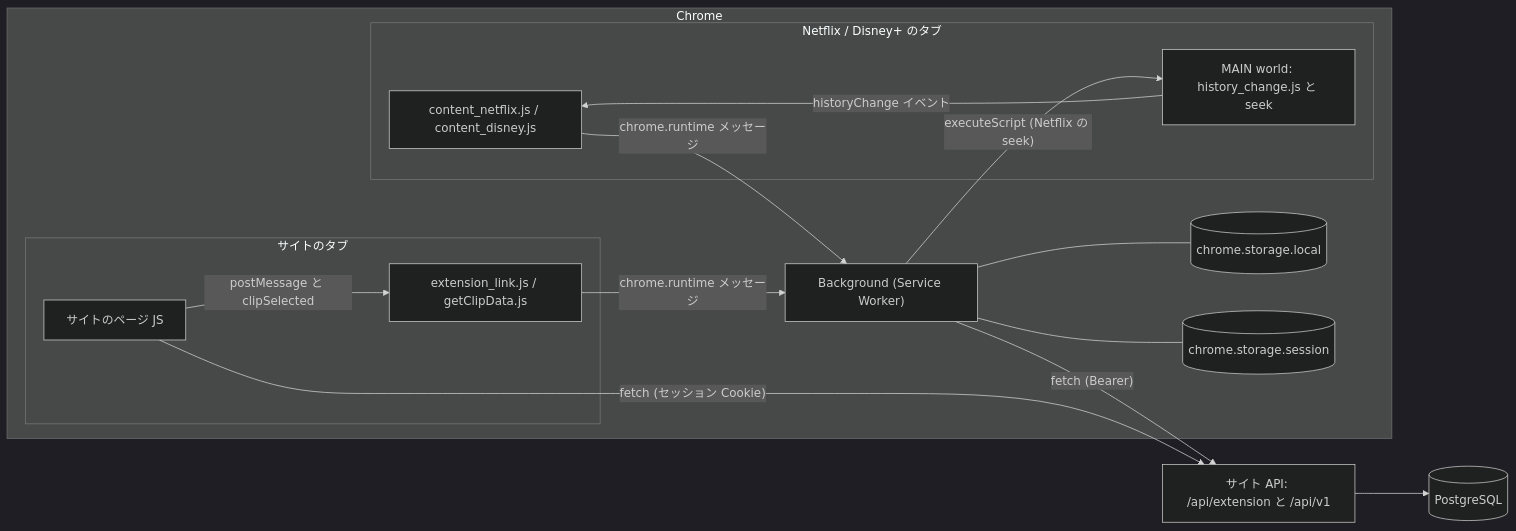
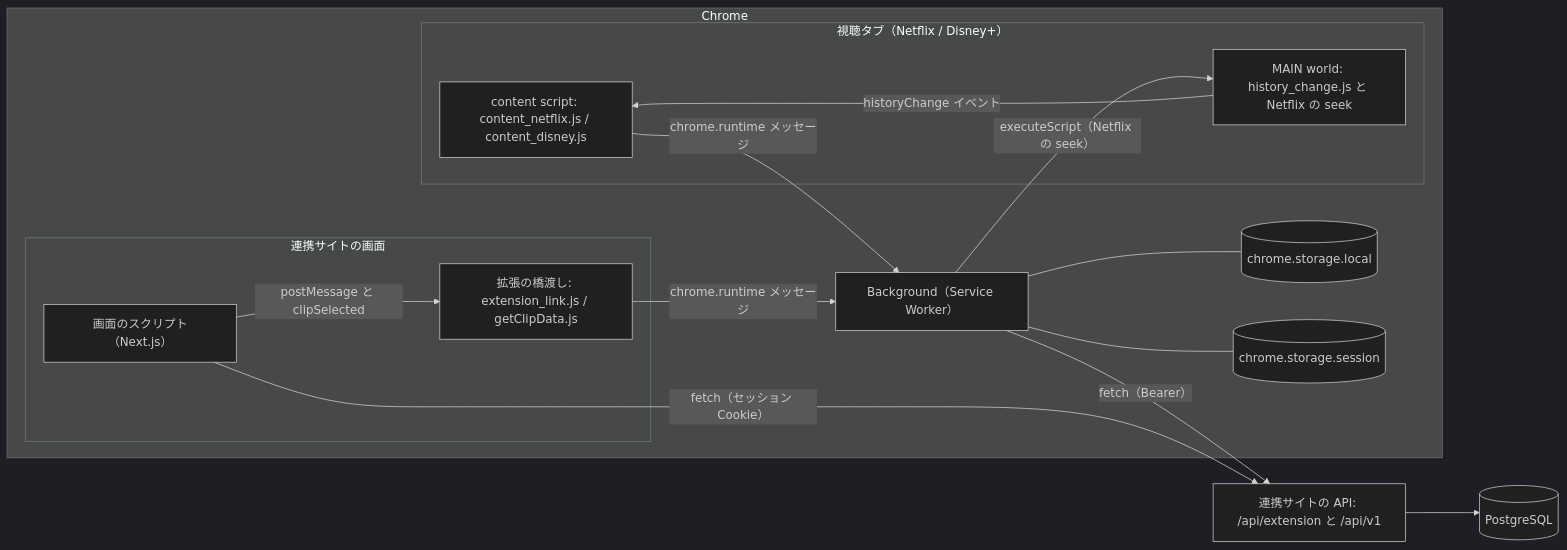
One commit to FigFingers/movieClipExtension changed the first of 5 diagrams in design-doc.md. Above: the diagram before and after it, drawn with Mermaid (dark theme). The commit also changed other lines of this file and 1 other file, not shown here.

```diff
--- a/design-doc.md
+++ b/design-doc.md
@@ -69,29 +76,29 @@
 ~~~mermaid
 flowchart LR
   subgraph Browser["Chrome"]
-    subgraph VOD["Netflix / Disney+ のタブ"]
-      CS["content_netflix.js / content_disney.js"]
-      MW["MAIN world: history_change.js と seek"]
+    subgraph Watch["視聴タブ（Netflix / Disney+）"]
+      CS["content script: content_netflix.js / content_disney.js"]
+      MW["MAIN world: history_change.js と Netflix の seek"]
     end
-    subgraph Site["サイトのタブ"]
-      Page["サイトのページ JS"]
-      Bridge["extension_link.js / getClipData.js"]
+    subgraph Web["連携サイトの画面"]
+      Page["画面のスクリプト（Next.js）"]
+      Bridge["拡張の橋渡し: extension_link.js / getClipData.js"]
     end
-    BG["Background (Service Worker)"]
+    BG["Background（Service Worker）"]
     LS[("chrome.storage.local")]
     SS[("chrome.storage.session")]
   end
-  API["サイト API: /api/extension と /api/v1"]
+  API["連携サイトの API: /api/extension と /api/v1"]
   DB[("PostgreSQL")]
 
   MW -- "historyChange イベント" --> CS
   CS -- "chrome.runtime メッセージ" --> BG
   Page -- "postMessage と clipSelected" --> Bridge
   Bridge -- "chrome.runtime メッセージ" --> BG
-  BG -- "fetch (Bearer)" --> API
-  Page -- "fetch (セッション Cookie)" --> API
+  BG -- "fetch（Bearer）" --> API
+  Page -- "fetch（セッション Cookie）" --> API
   API --> DB
   BG --- LS
   BG --- SS
-  BG -- "executeScript (Netflix の seek)" --> MW
+  BG -- "executeScript（Netflix の seek）" --> MW
 ~~~
```
